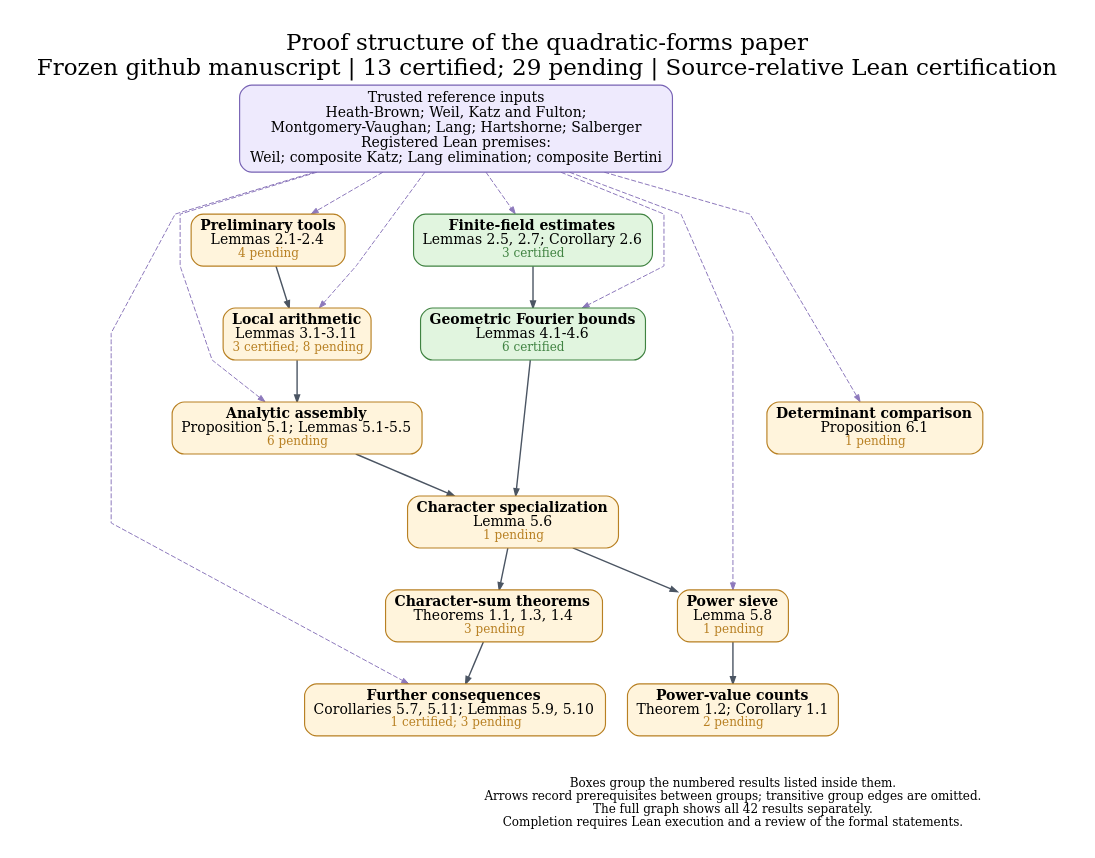
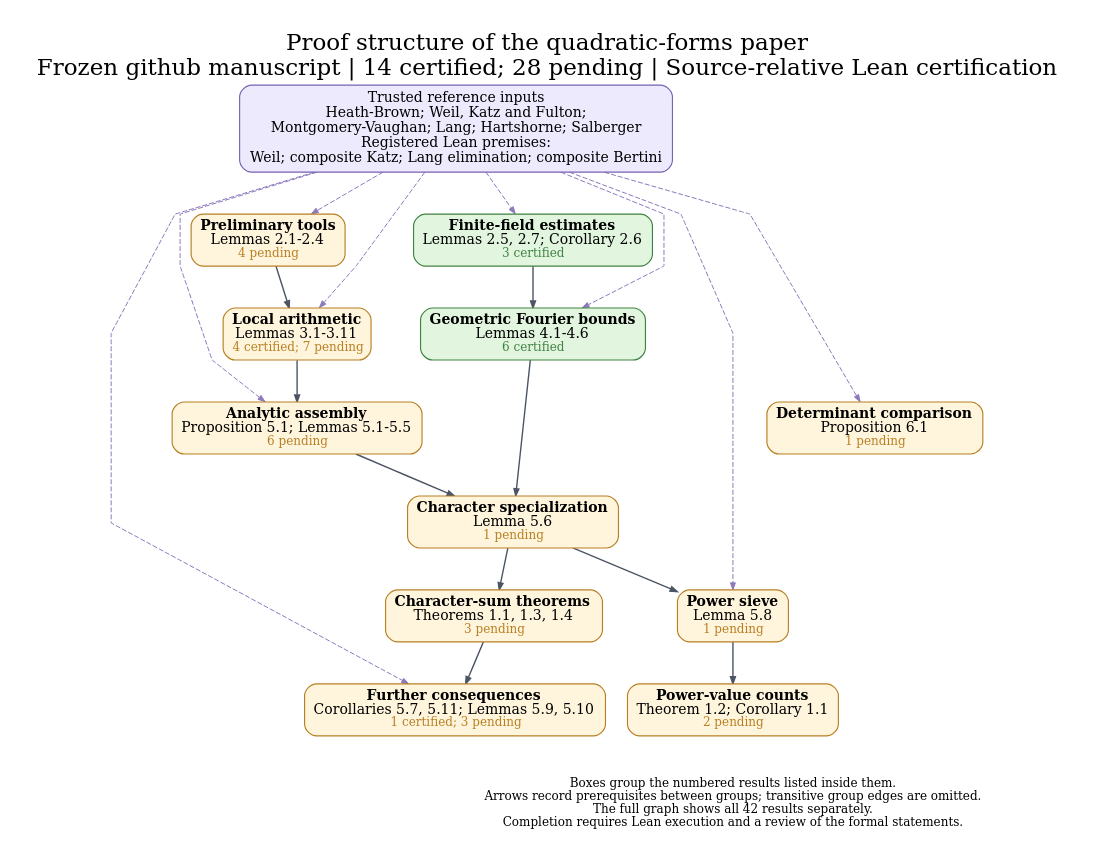
The diagram in docs/dependency_overview.dot (nicolasrobles/quaternary-quadratic-forms), drawn with Graphviz before and after one commit. The commit also changed 28 other files, not shown here.

```diff
--- a/docs/dependency_overview.dot
+++ b/docs/dependency_overview.dot
@@ -1,43 +1,43 @@
 digraph Overview {
 graph [rankdir=TB, newrank=true, compound=true, outputorder=edgesfirst,
   bgcolor="white", fontname="DejaVu Serif", fontsize=23, labelloc=t,
-  label="Proof structure of the quadratic-forms paper\nFrozen github manuscript | 13 certified; 29 pending | Source-relative Lean certification",
+  label="Proof structure of the quadratic-forms paper\nFrozen github manuscript | 14 certified; 28 pending | Source-relative Lean certification",
   nodesep=0.30, ranksep=0.58, pad=0.28, splines=polyline];
 node [shape=box, style="rounded,filled", fillcolor="#fff4dc", color="#b88023",
   fontname="DejaVu Serif", fontsize=14, penwidth=1.15, margin="0.12,0.09"];
 edge [color="#4b5563", arrowsize=0.70, penwidth=1.05];
 sources [label="Trusted reference inputs\nHeath-Brown; Weil, Katz and Fulton;\nMontgomery-Vaughan; Lang; Hartshorne; Salberger\nRegistered Lean premises:\nWeil; composite Katz; Lang elimination; composite Bertini", fillcolor="#eeeafd", color="#7762b4", fontsize=14];
 "prelim" [label=<<B>Preliminary tools</B><BR/>Lemmas 2.1-2.4<BR/><FONT POINT-SIZE="12" COLOR="#b88023">4 pending</FONT>>, fillcolor="#fff4dc", color="#b88023", URL="https://github.com/nicolasrobles/quaternary-quadratic-forms/blob/main/INVENTORY.md", target="_blank"];
 "finite" [label=<<B>Finite-field estimates</B><BR/>Lemmas 2.5, 2.7; Corollary 2.6<BR/><FONT POINT-SIZE="12" COLOR="#408342">3 certified</FONT>>, fillcolor="#e1f5df", color="#408342", URL="https://github.com/nicolasrobles/quaternary-quadratic-forms/blob/main/INVENTORY.md", target="_blank"];
-"local" [label=<<B>Local arithmetic</B><BR/>Lemmas 3.1-3.11<BR/><FONT POINT-SIZE="12" COLOR="#b88023">3 certified; 8 pending</FONT>>, fillcolor="#fff4dc", color="#b88023", URL="https://github.com/nicolasrobles/quaternary-quadratic-forms/blob/main/INVENTORY.md", target="_blank"];
+"local" [label=<<B>Local arithmetic</B><BR/>Lemmas 3.1-3.11<BR/><FONT POINT-SIZE="12" COLOR="#b88023">4 certified; 7 pending</FONT>>, fillcolor="#fff4dc", color="#b88023", URL="https://github.com/nicolasrobles/quaternary-quadratic-forms/blob/main/INVENTORY.md", target="_blank"];
 "fourier" [label=<<B>Geometric Fourier bounds</B><BR/>Lemmas 4.1-4.6<BR/><FONT POINT-SIZE="12" COLOR="#408342">6 certified</FONT>>, fillcolor="#e1f5df", color="#408342", URL="https://github.com/nicolasrobles/quaternary-quadratic-forms/blob/main/INVENTORY.md", target="_blank"];
 "analytic" [label=<<B>Analytic assembly</B><BR/>Proposition 5.1; Lemmas 5.1-5.5<BR/><FONT POINT-SIZE="12" COLOR="#b88023">6 pending</FONT>>, fillcolor="#fff4dc", color="#b88023", URL="https://github.com/nicolasrobles/quaternary-quadratic-forms/blob/main/INVENTORY.md", target="_blank"];
 "characters" [label=<<B>Character specialization</B><BR/>Lemma 5.6<BR/><FONT POINT-SIZE="12" COLOR="#b88023">1 pending</FONT>>, fillcolor="#fff4dc", color="#b88023", URL="https://github.com/nicolasrobles/quaternary-quadratic-forms/blob/main/INVENTORY.md", target="_blank"];
 "sieve" [label=<<B>Power sieve</B><BR/>Lemma 5.8<BR/><FONT POINT-SIZE="12" COLOR="#b88023">1 pending</FONT>>, fillcolor="#fff4dc", color="#b88023", URL="https://github.com/nicolasrobles/quaternary-quadratic-forms/blob/main/INVENTORY.md", target="_blank"];
 "consequences" [label=<<B>Further consequences</B><BR/>Corollaries 5.7, 5.11; Lemmas 5.9, 5.10<BR/><FONT POINT-SIZE="12" COLOR="#b88023">1 certified; 3 pending</FONT>>, fillcolor="#fff4dc", color="#b88023", URL="https://github.com/nicolasrobles/quaternary-quadratic-forms/blob/main/INVENTORY.md", target="_blank"];
 "maincharacters" [label=<<B>Character-sum theorems</B><BR/>Theorems 1.1, 1.3, 1.4<BR/><FONT POINT-SIZE="12" COLOR="#b88023">3 pending</FONT>>, fillcolor="#fff4dc", color="#b88023", URL="https://github.com/nicolasrobles/quaternary-quadratic-forms/blob/main/INVENTORY.md", target="_blank"];
 "mainpowers" [label=<<B>Power-value counts</B><BR/>Theorem 1.2; Corollary 1.1<BR/><FONT POINT-SIZE="12" COLOR="#b88023">2 pending</FONT>>, fillcolor="#fff4dc", color="#b88023", URL="https://github.com/nicolasrobles/quaternary-quadratic-forms/blob/main/INVENTORY.md", target="_blank"];
 "fixed" [label=<<B>Determinant comparison</B><BR/>Proposition 6.1<BR/><FONT POINT-SIZE="12" COLOR="#b88023">1 pending</FONT>>, fillcolor="#fff4dc", color="#b88023", URL="https://github.com/nicolasrobles/quaternary-quadratic-forms/blob/main/INVENTORY.md", target="_blank"];
 "analytic" -> "characters" [penwidth=1.4];
 "characters" -> "maincharacters" [penwidth=1.4];
 "characters" -> "sieve" [penwidth=1.4];
 "finite" -> "fourier" [penwidth=1.4];
 "fourier" -> "characters" [penwidth=1.4];
 "local" -> "analytic" [penwidth=1.4];
 "maincharacters" -> "consequences" [penwidth=1.4];
 "prelim" -> "local" [penwidth=1.4];
 "sieve" -> "mainpowers" [penwidth=1.4];
 sources -> "analytic" [style=dashed, color="#8d79bc", penwidth=1.0];
 sources -> "consequences" [style=dashed, color="#8d79bc", penwidth=1.0];
 sources -> "finite" [style=dashed, color="#8d79bc", penwidth=1.0];
 sources -> "fixed" [style=dashed, color="#8d79bc", penwidth=1.0];
 sources -> "fourier" [style=dashed, color="#8d79bc", penwidth=1.0];
 sources -> "local" [style=dashed, color="#8d79bc", penwidth=1.0];
 sources -> "prelim" [style=dashed, color="#8d79bc", penwidth=1.0];
 sources -> "sieve" [style=dashed, color="#8d79bc", penwidth=1.0];
 legend [shape=plain, style="", label="Boxes group the numbered results listed inside them.\nArrows record prerequisites between groups; transitive group edges are omitted.\nThe full graph shows all 42 results separately.\nCompletion requires Lean execution and a review of the formal statements.", fontsize=12];
 {rank=sink; legend;}
 "consequences" -> legend [style=invis];
 "fixed" -> legend [style=invis];
 "mainpowers" -> legend [style=invis];
 }
```
